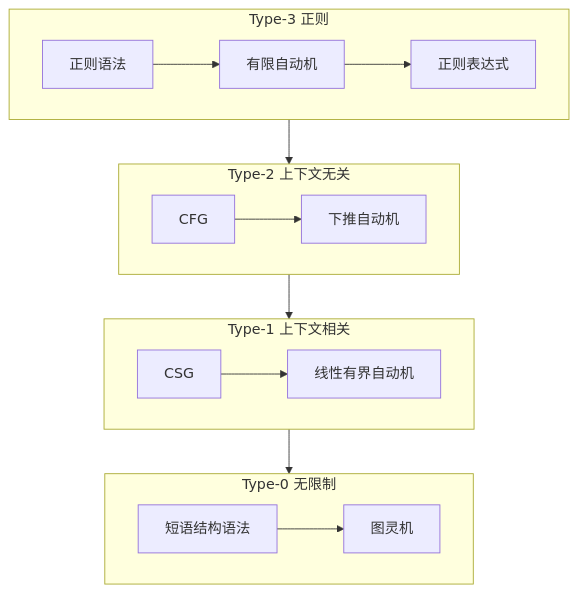
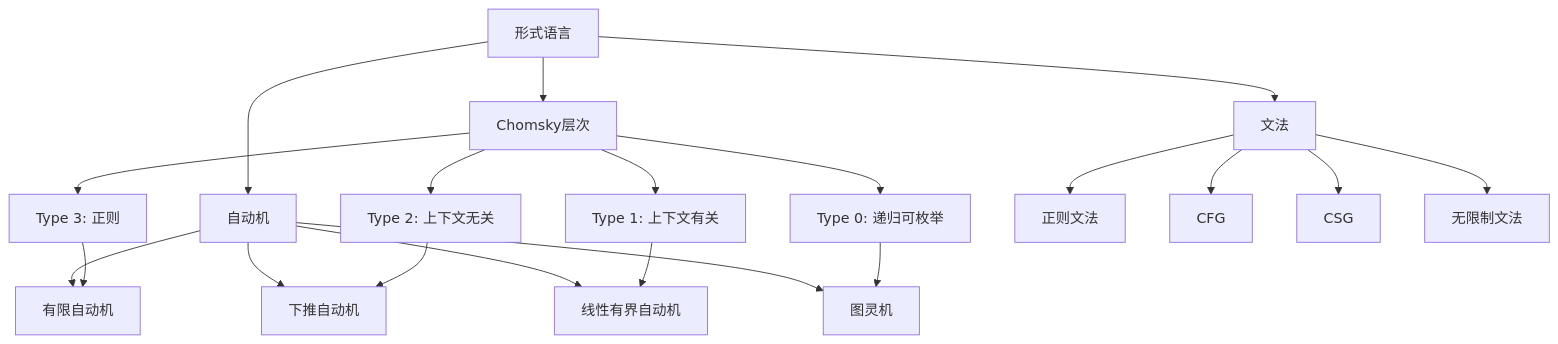
One commit to AdaMartin18010/FormalMath changed the first of 3 diagrams in 数学家理念体系/乔姆斯基数学理念/08-知识关联分析/01-概念关联网络.md. Above: the diagram before and after it, drawn with Mermaid. The commit also changed other lines of this file and 823 other files, not shown here.

````diff
--- a/数学家理念体系/乔姆斯基数学理念/08-知识关联分析/01-概念关联网络.md
+++ b/数学家理念体系/乔姆斯基数学理念/08-知识关联分析/01-概念关联网络.md
@@ -71,17 +64,26 @@
 ```mermaid
-graph TB
-    subgraph Type3[Type-3 正则]
-        A1[正则语法] --> A2[有限自动机]
-        A2 --> A3[正则表达式]
-    end
-    subgraph Type2[Type-2 上下文无关]
-        B1[CFG] --> B2[下推自动机]
-    end
-    subgraph Type1[Type-1 上下文相关]
-        C1[CSG] --> C2[线性有界自动机]
-    end
-    subgraph Type0[Type-0 无限制]
-        D1[短语结构语法] --> D2[图灵机]
-    end
-    Type3 --> Type2 --> Type1 --> Type0
+graph TD
+    A[形式语言] --> B[Chomsky层次]
+    A --> C[自动机]
+    A --> D[文法]
+    
+    B --> B1[Type 3: 正则]
+    B --> B2[Type 2: 上下文无关]
+    B --> B3[Type 1: 上下文有关]
+    B --> B4[Type 0: 递归可枚举]
+    
+    C --> C1[有限自动机]
+    C --> C2[下推自动机]
+    C --> C3[线性有界自动机]
+    C --> C4[图灵机]
+    
+    D --> D1[正则文法]
+    D --> D2[CFG]
+    D --> D3[CSG]
+    D --> D4[无限制文法]
+    
+    B1 --> C1
+    B2 --> C2
+    B3 --> C3
+    B4 --> C4
 ```
````
